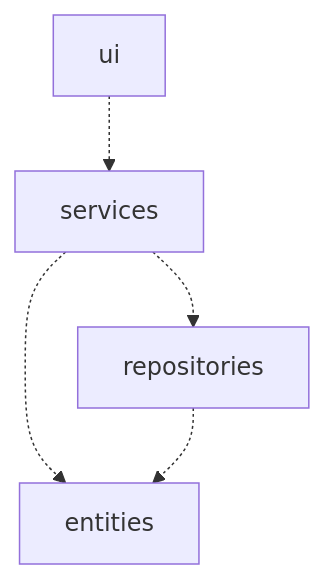
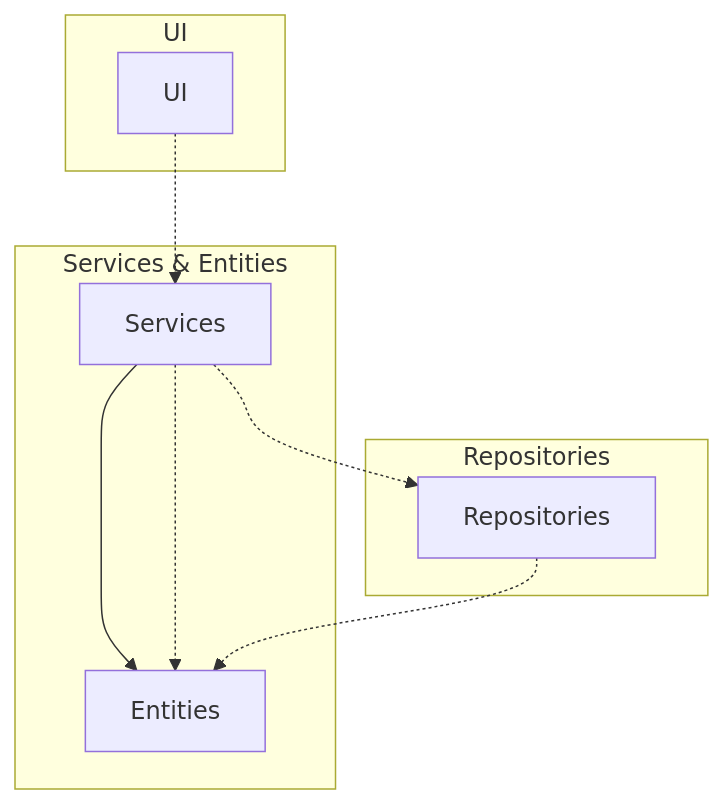
One commit to annica-henriette/ot-harjoitustyo changed the first of 5 diagrams in dokumentaatio/arkkitehtuuri.md. Above: the diagram before and after it, drawn with Mermaid.

Commit message:
documentation

````diff
--- a/dokumentaatio/arkkitehtuuri.md
+++ b/dokumentaatio/arkkitehtuuri.md
@@ -6,7 +6,16 @@
 ```mermaid
-flowchart TD
+graph TD;
+    subgraph "UI"
+        ui[UI] 
+    end
+    subgraph "Services & Entities"
+        services[Services] --> entities[Entities]
+    end
+    subgraph "Repositories"
+        repositories[Repositories]
+    end
     ui-.->services
     services-.->repositories
     services-.->entities
     repositories-.->entities
 ```
````
